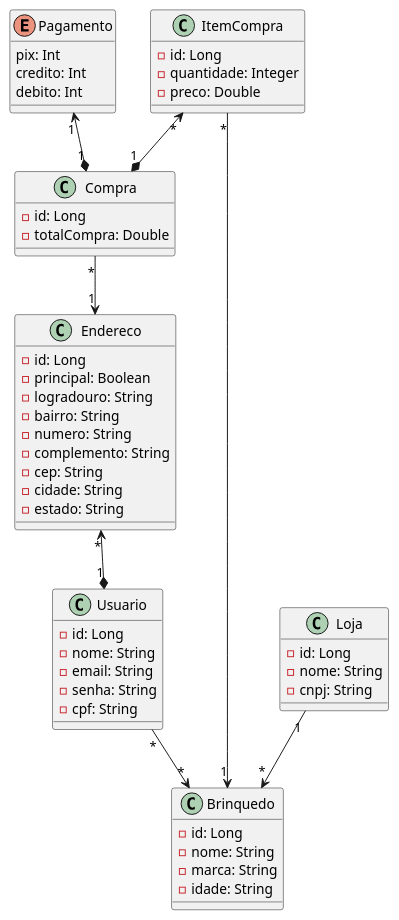
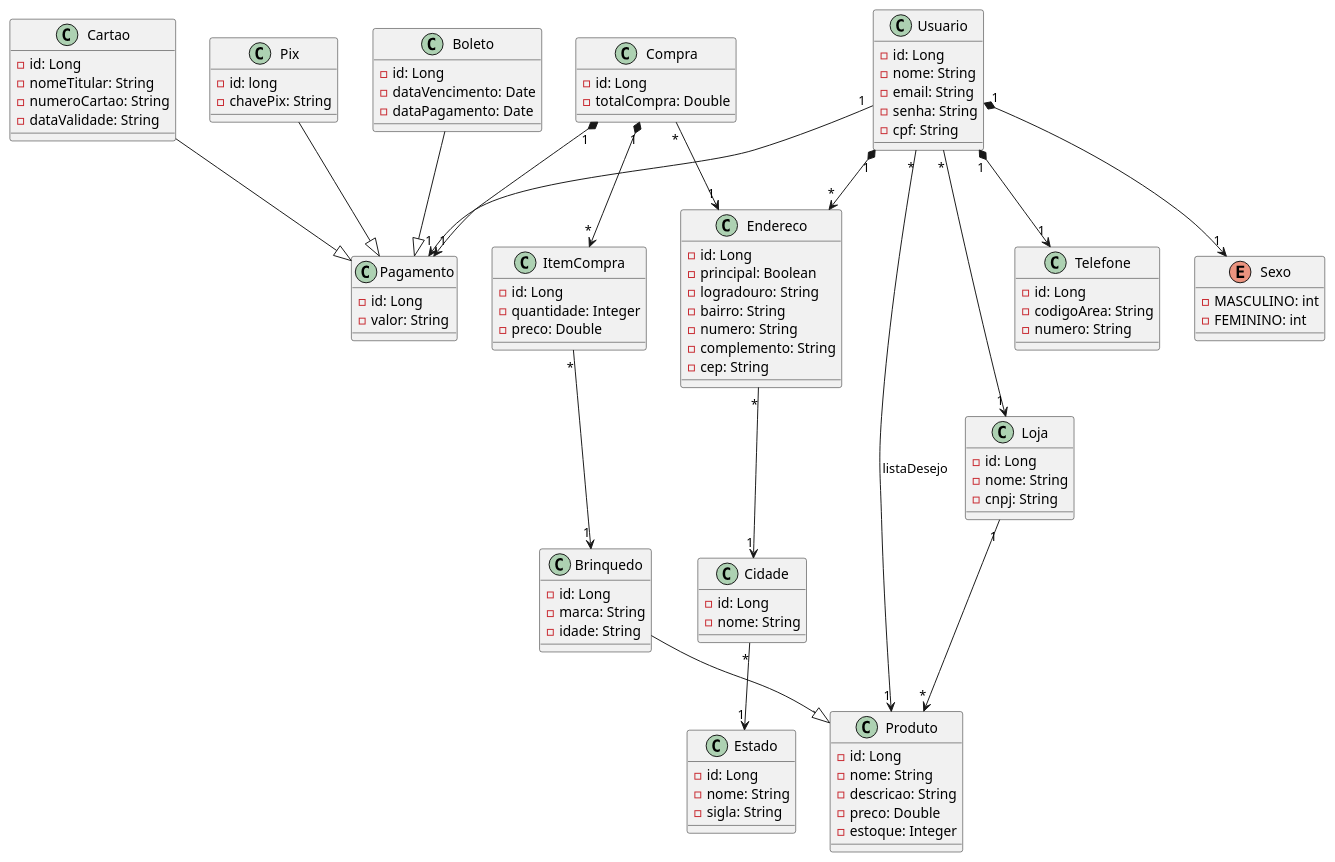
One commit to thacioalves/brinquedos changed the diagram in src/main/java/br/unitins/uml.plantuml. Above: the diagram before and after it, drawn with PlantUML. The commit also changed 74 other files, not shown here.

```diff
--- a/src/main/java/br/unitins/uml.plantuml
+++ b/src/main/java/br/unitins/uml.plantuml
@@ -1,62 +1,121 @@
 @startuml
 
 class Compra{
     - id: Long
     - totalCompra: Double
 }
 
 class ItemCompra{
     - id: Long
     - quantidade: Integer
     - preco: Double
 }
 
-enum Pagamento{
-    pix: Int
-    credito: Int
-    debito: Int
+class Pagamento{
+    - id: Long
+    - valor: String
+}
+
+class Boleto{
+    - id: Long
+    - dataVencimento: Date
+    - dataPagamento: Date
+}
+
+class Cartao{
+    - id: Long
+    - nomeTitular: String
+    - numeroCartao: String
+    - dataValidade: String
+}
+
+class Pix{
+    - id: long
+    - chavePix: String
 }
 
 class Usuario{
     - id: Long
     - nome: String
     - email: String
     - senha: String
     - cpf: String
 }
 
+class Telefone{
+    - id: Long
+    - codigoArea: String
+    - numero: String
+}
+
+enum Sexo{
+    - MASCULINO: int
+    - FEMININO: int
+}
+
 class Brinquedo{
     - id: Long
-    - nome: String
     - marca: String
     - idade: String
+}
+
+class Produto{
+    - id: Long
+    - nome: String
+    - descricao: String
+    - preco: Double
+    - estoque: Integer
 }
 
 class Loja{
     - id: Long
     - nome: String
     - cnpj: String
 }
 
 class Endereco{
     - id: Long
     - principal: Boolean
     - logradouro: String
     - bairro: String
     - numero: String
     - complemento: String
     - cep: String
-    - cidade: String
-    - estado: String
 }
 
-ItemCompra "*" <--* "1" Compra
+class Estado{
+    - id: Long
+    - nome: String
+    - sigla: String
+}
+
+class Cidade{
+    - id: Long
+    - nome: String
+}
+
+Usuario "*" --> "1" Produto : listaDesejo
+Usuario "1" *--> "*" Endereco
+Usuario "1" *--> "1" Telefone
+Usuario "*" --> "1" Loja
+Usuario "1" --> "1" Pagamento
+Usuario "1" *--> "1" Sexo
+
+Compra "*" --> "1" Endereco
+Compra "1" *--> "1" Pagamento
+Compra "1" *--> "*" ItemCompra
+
 ItemCompra "*" --> "1" Brinquedo
-Usuario "*" --> "*" Brinquedo
-Compra "*" --> "1" Endereco
-Loja "1" --> "*" Brinquedo
-Endereco "*" <--* "1" Usuario
-Pagamento "1" <--* "1" Compra
 
+Cidade "*" --> "1" Estado
+
+Loja "1" --> "*" Produto
+
+Endereco "*" --> "1" Cidade
+
+Brinquedo --|> Produto
+Pix --|> Pagamento
+Cartao --|> Pagamento
+Boleto --|> Pagamento
 
 @enduml
```
